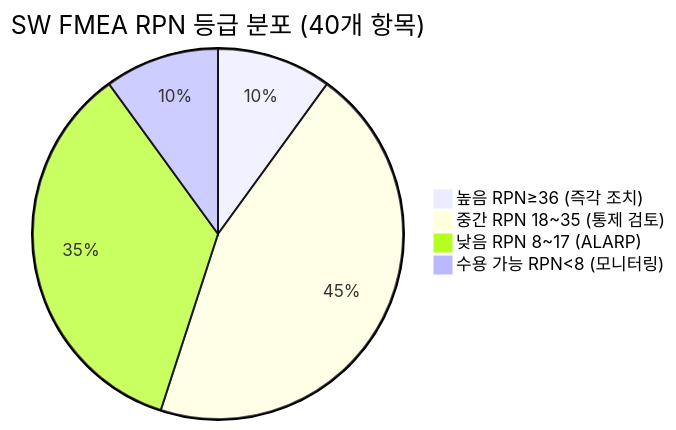
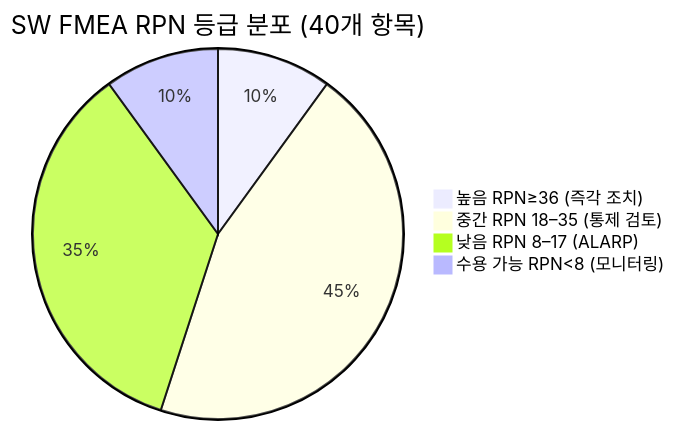
One commit to holee9/console-gui changed the eighth of 11 diagrams in docs/risk/DOC-009_FMEA_v1.0.md. Above: the diagram before and after it, drawn with Mermaid. The commit also changed other lines of this file and 39 other files, not shown here.

````diff
--- a/docs/risk/DOC-009_FMEA_v1.0.md
+++ b/docs/risk/DOC-009_FMEA_v1.0.md
@@ -668,7 +668,7 @@
 ```mermaid
 pie title SW FMEA RPN 등급 분포 (40개 항목)
     "높음 RPN≥36 (즉각 조치)" : 4
-    "중간 RPN 18~35 (통제 검토)" : 18
-    "낮음 RPN 8~17 (ALARP)" : 14
+    "중간 RPN 18–35 (통제 검토)" : 18
+    "낮음 RPN 8–17 (ALARP)" : 14
     "수용 가능 RPN<8 (모니터링)" : 4
 ```
````
